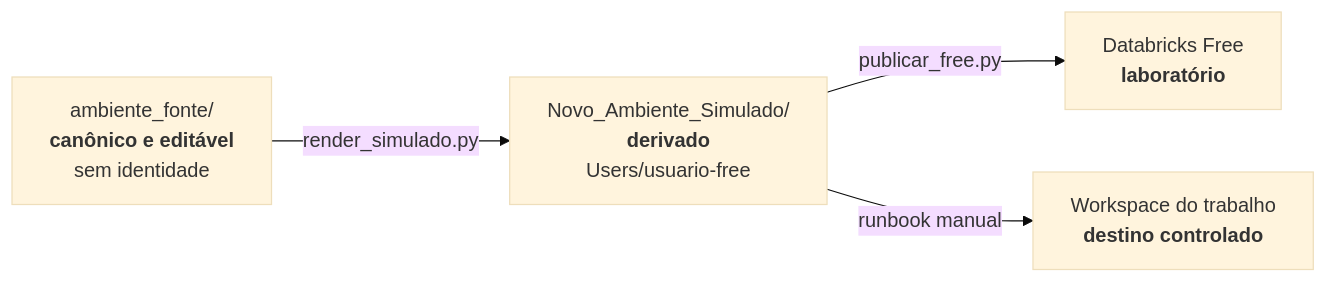
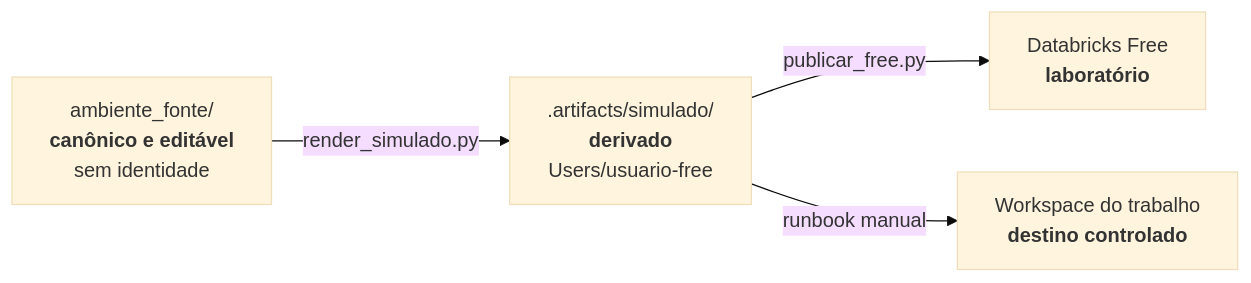
One commit to Guimarais-R-Rodrigo/Ambiente_Databricks changed the diagram in ambiente_fonte/README.md. Above: the diagram before and after it, drawn with Mermaid (base theme). The commit also changed other lines of this file and 37 other files, not shown here.

Commit message:
docs(architecture): preserve history and route maintenance by task

````diff
--- a/ambiente_fonte/README.md
+++ b/ambiente_fonte/README.md
@@ -13,10 +13,10 @@
 ```mermaid
 flowchart LR
   F["ambiente_fonte/<br/><b>canônico e editável</b><br/>sem identidade"]
-  S["Novo_Ambiente_Simulado/<br/><b>derivado</b><br/>Users/usuario-free"]
+  S[".artifacts/simulado/<br/><b>derivado</b><br/>Users/usuario-free"]
   L["Databricks Free<br/><b>laboratório</b>"]
   W["Workspace do trabalho<br/><b>destino controlado</b>"]
   F -->|"render_simulado.py"| S
   S -->|"publicar_free.py"| L
   S -->|"runbook manual"| W
 ```
````
